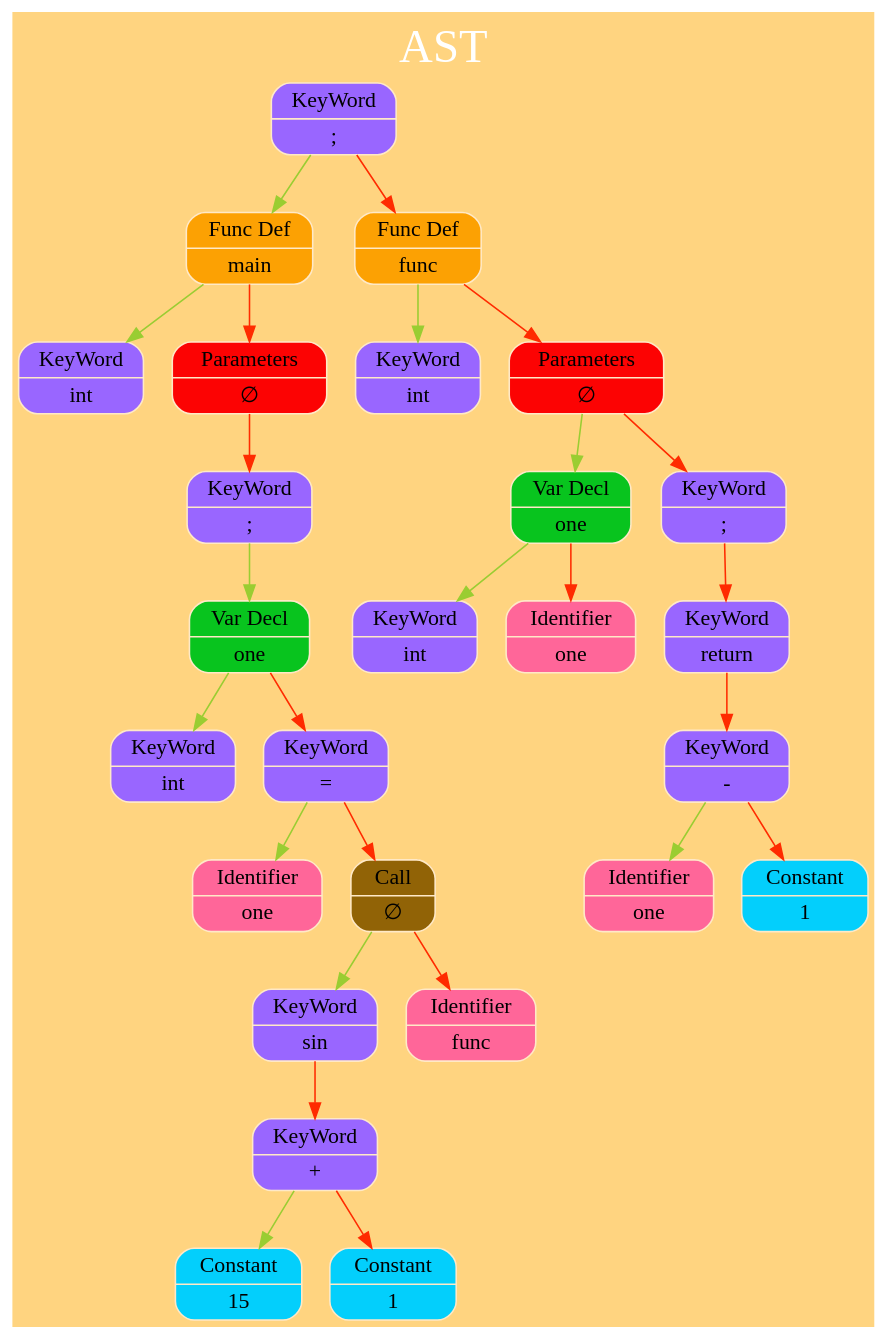
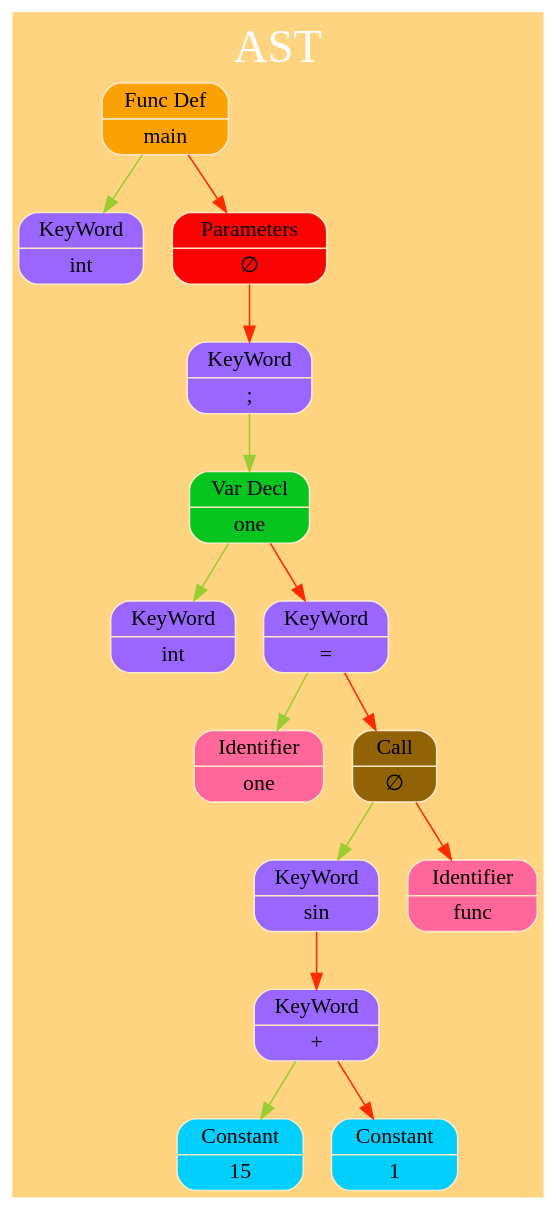
One commit to kand1bober/OOSD-Language changed the diagram in Tree/dump/TreeGraph.dot. Above: the diagram before and after it, drawn with Graphviz. The commit also changed 14 other files, not shown here.

```diff
--- a/Tree/dump/TreeGraph.dot
+++ b/Tree/dump/TreeGraph.dot
@@ -1,37 +1,25 @@
 digraph G
 {
 charset="latin1";
 label="AST";
 labelloc="t";
 fontsize=30
 fontname="Verdana";
 fontcolor="#FFFFFF"
 
 rankdir=TB;size="200,300";bgcolor="#ffd480";
- node_0x504000000850 [shape=record,style="rounded,filled",fillcolor="#9966FF",color="#FFE9C7",label=" { { KeyWord } | { &#x3B; } } " ]; node_0x504000000850 -> node_0x504000000510 [color = "#9ACD32", arrowsize = 1] ;
- node_0x504000000510 [shape=record,style="rounded,filled",fillcolor="#fca103",color="#FFE9C7",label=" { { Func Def } | { main } } " ]; node_0x504000000510 -> node_0x5040000004d0 [color = "#9ACD32", arrowsize = 1] ;
- node_0x5040000004d0 [shape=record,style="rounded,filled",fillcolor="#9966FF",color="#FFE9C7",label=" { { KeyWord } | { int } } " ]; node_0x504000000510 -> node_0x504000000550 [color = "#FF2B00", arrowsize = 1] ;
- node_0x504000000550 [shape=record,style="rounded,filled",fillcolor="#fc0303",color="#FFE9C7",label=" { { Parameters } | { &#8709; } } " ]; node_0x504000000550 -> node_0x504000000590 [color = "#FF2B00", arrowsize = 1] ;
- node_0x504000000590 [shape=record,style="rounded,filled",fillcolor="#9966FF",color="#FFE9C7",label=" { { KeyWord } | { &#x3B; } } " ]; node_0x504000000590 -> node_0x504000000650 [color = "#9ACD32", arrowsize = 1] ;
- node_0x504000000650 [shape=record,style="rounded,filled",fillcolor="#08c41e",color="#FFE9C7",label=" { { Var Decl } | { one } } " ]; node_0x504000000650 -> node_0x5040000005d0 [color = "#9ACD32", arrowsize = 1] ;
- node_0x5040000005d0 [shape=record,style="rounded,filled",fillcolor="#9966FF",color="#FFE9C7",label=" { { KeyWord } | { int } } " ]; node_0x504000000650 -> node_0x504000000690 [color = "#FF2B00", arrowsize = 1] ;
- node_0x504000000690 [shape=record,style="rounded,filled",fillcolor="#9966FF",color="#FFE9C7",label=" { { KeyWord } | { &#x3D; } } " ]; node_0x504000000690 -> node_0x504000000610 [color = "#9ACD32", arrowsize = 1] ;
- node_0x504000000610 [shape=record,style="rounded,filled",fillcolor="#ff6699",color="#FFE9C7",label=" { { Identifier } | { one } } " ]; node_0x504000000690 -> node_0x504000000710 [color = "#FF2B00", arrowsize = 1] ;
- node_0x504000000710 [shape=record,style="rounded,filled",fillcolor="#916306",color="#FFE9C7",label=" { { Call } | { &#8709; } } " ]; node_0x504000000710 -> node_0x504000000750 [color = "#9ACD32", arrowsize = 1] ;
- node_0x504000000750 [shape=record,style="rounded,filled",fillcolor="#9966FF",color="#FFE9C7",label=" { { KeyWord } | { sin } } " ]; node_0x504000000750 -> node_0x5040000007d0 [color = "#FF2B00", arrowsize = 1] ;
- node_0x5040000007d0 [shape=record,style="rounded,filled",fillcolor="#9966FF",color="#FFE9C7",label=" { { KeyWord } | { &#x2B; } } " ]; node_0x5040000007d0 -> node_0x504000000790 [color = "#9ACD32", arrowsize = 1] ;
- node_0x504000000790 [shape=record,style="rounded,filled",fillcolor="#03cffc",color="#FFE9C7",label=" { { Constant } | { 15 } } " ]; node_0x5040000007d0 -> node_0x504000000810 [color = "#FF2B00", arrowsize = 1] ;
- node_0x504000000810 [shape=record,style="rounded,filled",fillcolor="#03cffc",color="#FFE9C7",label=" { { Constant } | { 1 } } " ]; node_0x504000000710 -> node_0x5040000006d0 [color = "#FF2B00", arrowsize = 1] ;
- node_0x5040000006d0 [shape=record,style="rounded,filled",fillcolor="#ff6699",color="#FFE9C7",label=" { { Identifier } | { func } } " ]; node_0x504000000850 -> node_0x5040000008d0 [color = "#FF2B00", arrowsize = 1] ;
- node_0x5040000008d0 [shape=record,style="rounded,filled",fillcolor="#fca103",color="#FFE9C7",label=" { { Func Def } | { func } } " ]; node_0x5040000008d0 -> node_0x504000000890 [color = "#9ACD32", arrowsize = 1] ;
- node_0x504000000890 [shape=record,style="rounded,filled",fillcolor="#9966FF",color="#FFE9C7",label=" { { KeyWord } | { int } } " ]; node_0x5040000008d0 -> node_0x504000000910 [color = "#FF2B00", arrowsize = 1] ;
- node_0x504000000910 [shape=record,style="rounded,filled",fillcolor="#fc0303",color="#FFE9C7",label=" { { Parameters } | { &#8709; } } " ]; node_0x504000000910 -> node_0x5040000009d0 [color = "#9ACD32", arrowsize = 1] ;
- node_0x5040000009d0 [shape=record,style="rounded,filled",fillcolor="#08c41e",color="#FFE9C7",label=" { { Var Decl } | { one } } " ]; node_0x5040000009d0 -> node_0x504000000950 [color = "#9ACD32", arrowsize = 1] ;
- node_0x504000000950 [shape=record,style="rounded,filled",fillcolor="#9966FF",color="#FFE9C7",label=" { { KeyWord } | { int } } " ]; node_0x5040000009d0 -> node_0x504000000990 [color = "#FF2B00", arrowsize = 1] ;
- node_0x504000000990 [shape=record,style="rounded,filled",fillcolor="#ff6699",color="#FFE9C7",label=" { { Identifier } | { one } } " ]; node_0x504000000910 -> node_0x504000000a10 [color = "#FF2B00", arrowsize = 1] ;
- node_0x504000000a10 [shape=record,style="rounded,filled",fillcolor="#9966FF",color="#FFE9C7",label=" { { KeyWord } | { &#x3B; } } " ]; node_0x504000000a10 -> node_0x504000000a50 [color = "#FF2B00", arrowsize = 1] ;
- node_0x504000000a50 [shape=record,style="rounded,filled",fillcolor="#9966FF",color="#FFE9C7",label=" { { KeyWord } | { return } } " ]; node_0x504000000a50 -> node_0x504000000ad0 [color = "#FF2B00", arrowsize = 1] ;
- node_0x504000000ad0 [shape=record,style="rounded,filled",fillcolor="#9966FF",color="#FFE9C7",label=" { { KeyWord } | { &#x2D; } } " ]; node_0x504000000ad0 -> node_0x504000000a90 [color = "#9ACD32", arrowsize = 1] ;
- node_0x504000000a90 [shape=record,style="rounded,filled",fillcolor="#ff6699",color="#FFE9C7",label=" { { Identifier } | { one } } " ]; node_0x504000000ad0 -> node_0x504000000b10 [color = "#FF2B00", arrowsize = 1] ;
- node_0x504000000b10 [shape=record,style="rounded,filled",fillcolor="#03cffc",color="#FFE9C7",label=" { { Constant } | { 1 } } " ]; 
+ node_0x504000000310 [shape=record,style="rounded,filled",fillcolor="#fca103",color="#FFE9C7",label=" { { Func Def } | { main } } " ]; node_0x504000000310 -> node_0x5040000002d0 [color = "#9ACD32", arrowsize = 1] ;
+ node_0x5040000002d0 [shape=record,style="rounded,filled",fillcolor="#9966FF",color="#FFE9C7",label=" { { KeyWord } | { int } } " ]; node_0x504000000310 -> node_0x504000000350 [color = "#FF2B00", arrowsize = 1] ;
+ node_0x504000000350 [shape=record,style="rounded,filled",fillcolor="#fc0303",color="#FFE9C7",label=" { { Parameters } | { &#8709; } } " ]; node_0x504000000350 -> node_0x504000000390 [color = "#FF2B00", arrowsize = 1] ;
+ node_0x504000000390 [shape=record,style="rounded,filled",fillcolor="#9966FF",color="#FFE9C7",label=" { { KeyWord } | { &#x3B; } } " ]; node_0x504000000390 -> node_0x504000000450 [color = "#9ACD32", arrowsize = 1] ;
+ node_0x504000000450 [shape=record,style="rounded,filled",fillcolor="#08c41e",color="#FFE9C7",label=" { { Var Decl } | { one } } " ]; node_0x504000000450 -> node_0x5040000003d0 [color = "#9ACD32", arrowsize = 1] ;
+ node_0x5040000003d0 [shape=record,style="rounded,filled",fillcolor="#9966FF",color="#FFE9C7",label=" { { KeyWord } | { int } } " ]; node_0x504000000450 -> node_0x504000000490 [color = "#FF2B00", arrowsize = 1] ;
+ node_0x504000000490 [shape=record,style="rounded,filled",fillcolor="#9966FF",color="#FFE9C7",label=" { { KeyWord } | { &#x3D; } } " ]; node_0x504000000490 -> node_0x504000000410 [color = "#9ACD32", arrowsize = 1] ;
+ node_0x504000000410 [shape=record,style="rounded,filled",fillcolor="#ff6699",color="#FFE9C7",label=" { { Identifier } | { one } } " ]; node_0x504000000490 -> node_0x504000000510 [color = "#FF2B00", arrowsize = 1] ;
+ node_0x504000000510 [shape=record,style="rounded,filled",fillcolor="#916306",color="#FFE9C7",label=" { { Call } | { &#8709; } } " ]; node_0x504000000510 -> node_0x504000000550 [color = "#9ACD32", arrowsize = 1] ;
+ node_0x504000000550 [shape=record,style="rounded,filled",fillcolor="#9966FF",color="#FFE9C7",label=" { { KeyWord } | { sin } } " ]; node_0x504000000550 -> node_0x5040000005d0 [color = "#FF2B00", arrowsize = 1] ;
+ node_0x5040000005d0 [shape=record,style="rounded,filled",fillcolor="#9966FF",color="#FFE9C7",label=" { { KeyWord } | { &#x2B; } } " ]; node_0x5040000005d0 -> node_0x504000000590 [color = "#9ACD32", arrowsize = 1] ;
+ node_0x504000000590 [shape=record,style="rounded,filled",fillcolor="#03cffc",color="#FFE9C7",label=" { { Constant } | { 15 } } " ]; node_0x5040000005d0 -> node_0x504000000610 [color = "#FF2B00", arrowsize = 1] ;
+ node_0x504000000610 [shape=record,style="rounded,filled",fillcolor="#03cffc",color="#FFE9C7",label=" { { Constant } | { 1 } } " ]; node_0x504000000510 -> node_0x5040000004d0 [color = "#FF2B00", arrowsize = 1] ;
+ node_0x5040000004d0 [shape=record,style="rounded,filled",fillcolor="#ff6699",color="#FFE9C7",label=" { { Identifier } | { func } } " ]; 
 }
```
